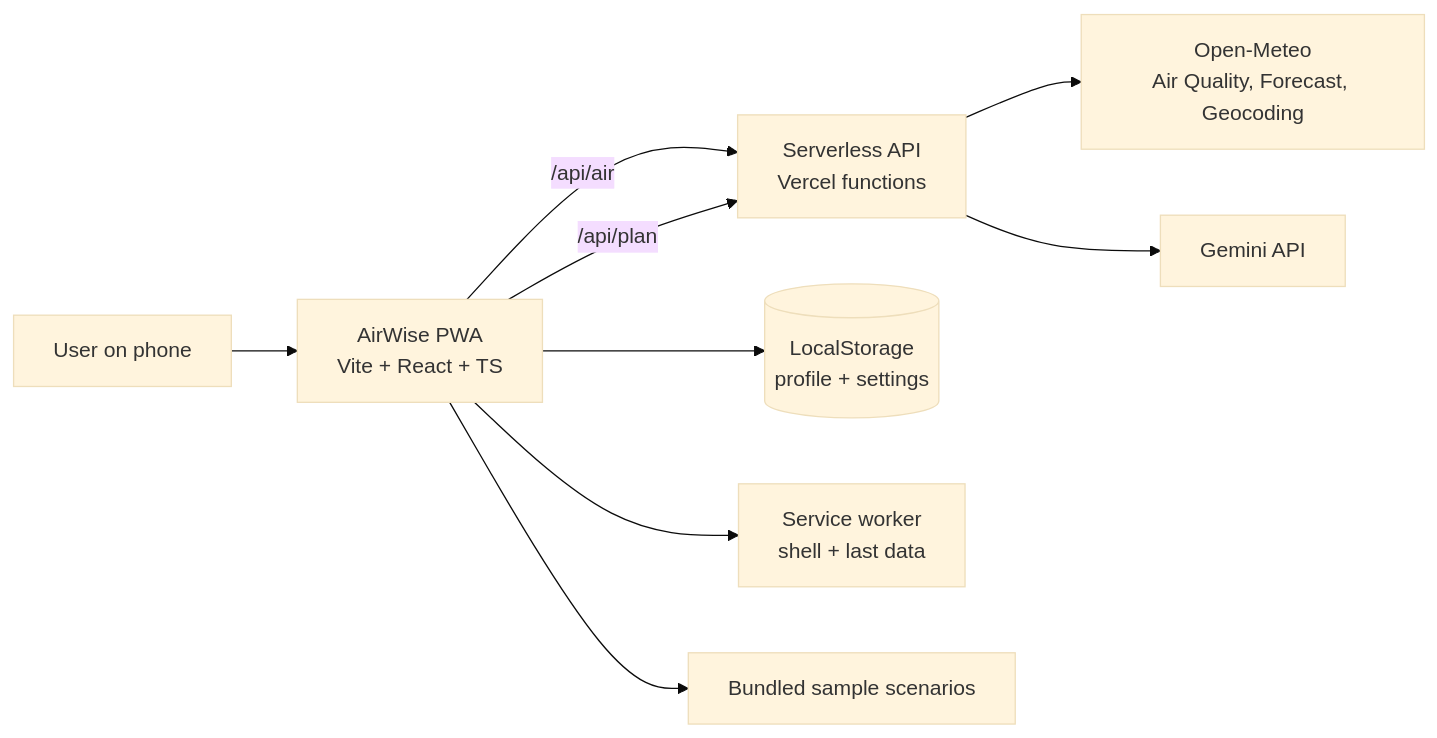
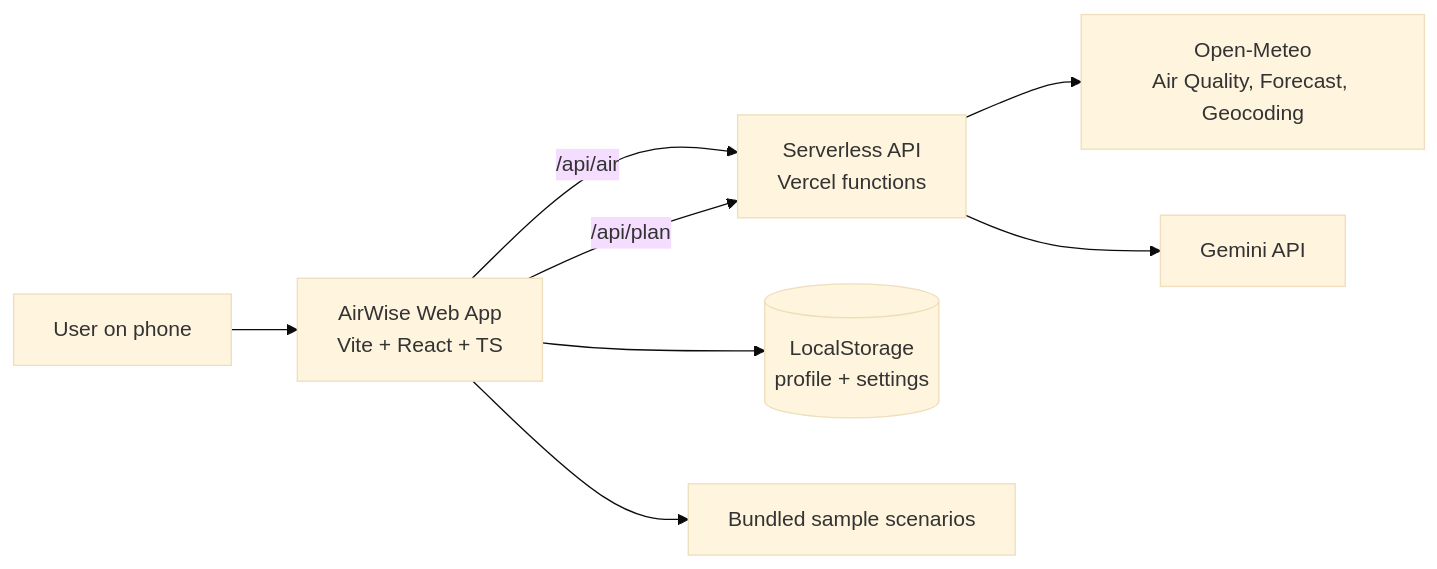
The first of 2 diagrams in docs/ARCHITECTURE.md (jagadiswarambati/airwise), drawn with Mermaid (base theme) before and after one commit. The commit also changed other lines of this file and 2 other files, not shown here.

````diff
--- a/docs/ARCHITECTURE.md
+++ b/docs/ARCHITECTURE.md
@@ -13,11 +13,10 @@
 ```mermaid
 flowchart LR
-  U[User on phone] --> PWA[AirWise PWA<br/>Vite + React + TS]
-  PWA -->|/api/air| API[Serverless API<br/>Vercel functions]
-  PWA -->|/api/plan| API
+  U[User on phone] --> APP[AirWise Web App<br/>Vite + React + TS]
+  APP -->|/api/air| API[Serverless API<br/>Vercel functions]
+  APP -->|/api/plan| API
   API --> OM[Open-Meteo<br/>Air Quality, Forecast, Geocoding]
   API --> LLM[Gemini API]
-  PWA --> LS[(LocalStorage<br/>profile + settings)]
-  PWA --> SW[Service worker<br/>shell + last data]
-  PWA --> SAMPLE[Bundled sample scenarios]
+  APP --> LS[(LocalStorage<br/>profile + settings)]
+  APP --> SAMPLE[Bundled sample scenarios]
 ```
````
